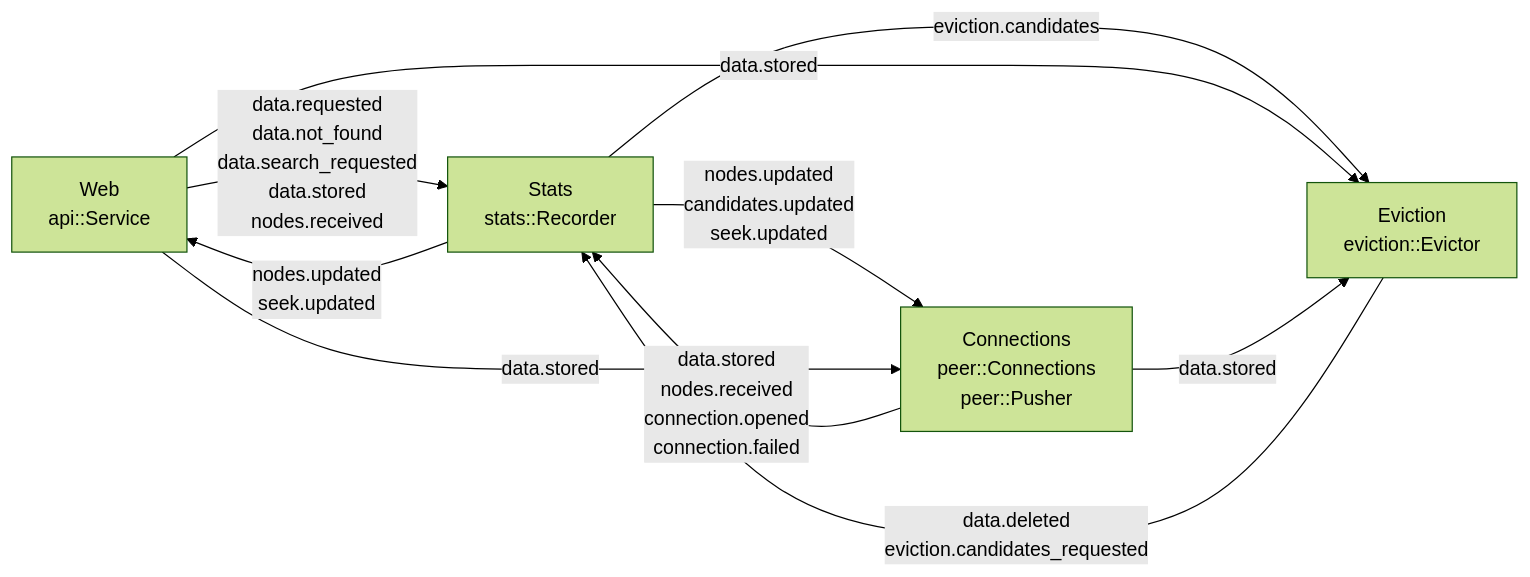
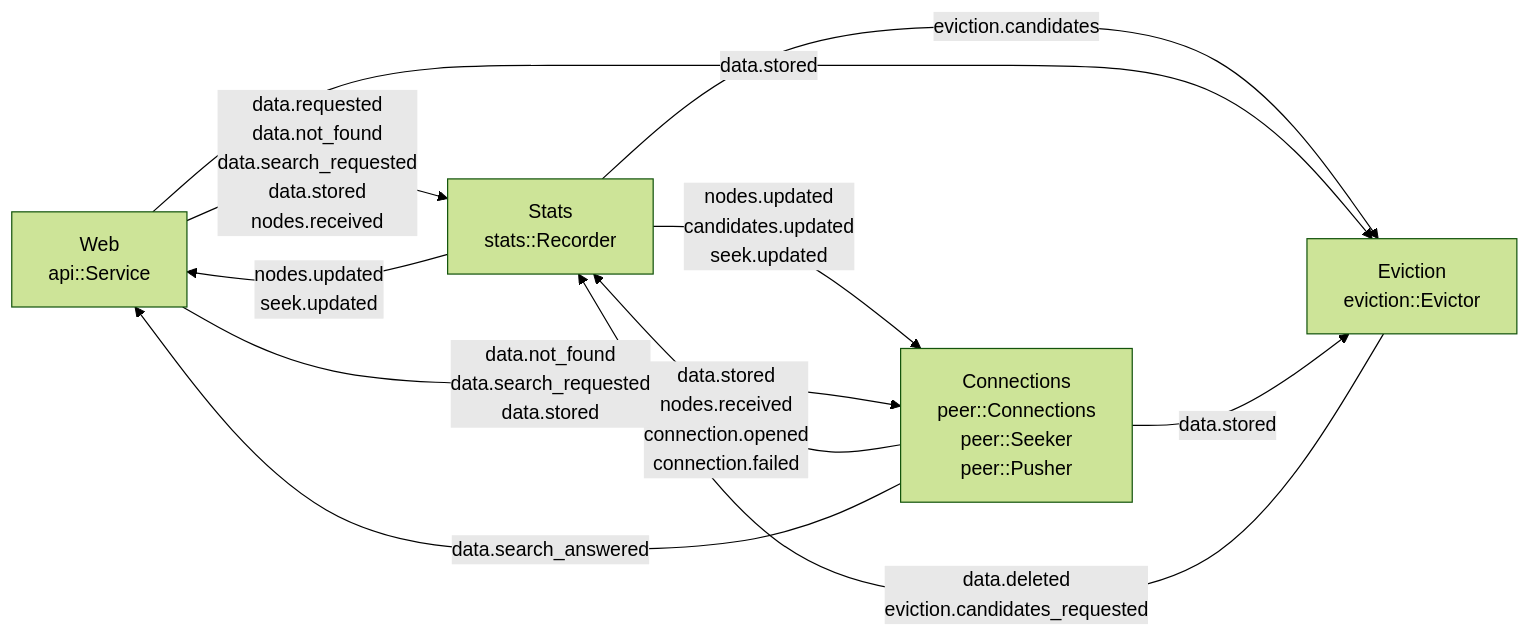
One commit to marcpage/libranet changed the second of 17 diagrams in cpp/docs/Overview.md. Above: the diagram before and after it, drawn with Mermaid (forest theme). The commit also changed other lines of this file and 2 other files, not shown here.

````diff
--- a/cpp/docs/Overview.md
+++ b/cpp/docs/Overview.md
@@ -86,16 +93,17 @@
 ```mermaid
 flowchart LR
     Web["Web<br/>api::Service"]
     Stats["Stats<br/>stats::Recorder"]
-    Conn["Connections<br/>peer::Connections<br/>peer::Pusher"]
+    Conn["Connections<br/>peer::Connections<br/>peer::Seeker<br/>peer::Pusher"]
     Evict["Eviction<br/>eviction::Evictor"]
     Web -- "data.requested<br/>data.not_found<br/>data.search_requested<br/>data.stored<br/>nodes.received" --> Stats
     Stats -- "nodes.updated<br/>seek.updated" --> Web
     Conn -- "data.stored<br/>nodes.received<br/>connection.opened<br/>connection.failed" --> Stats
     Stats -- "nodes.updated<br/>candidates.updated<br/>seek.updated" --> Conn
     Evict -- "data.deleted<br/>eviction.candidates_requested" --> Stats
     Stats -- "eviction.candidates" --> Evict
-    Web -- "data.stored" --> Conn
+    Web -- "data.not_found<br/>data.search_requested<br/>data.stored" --> Conn
+    Conn -- "data.search_answered" --> Web
     Web -- "data.stored" --> Evict
     Conn -- "data.stored" --> Evict
 ```
````
